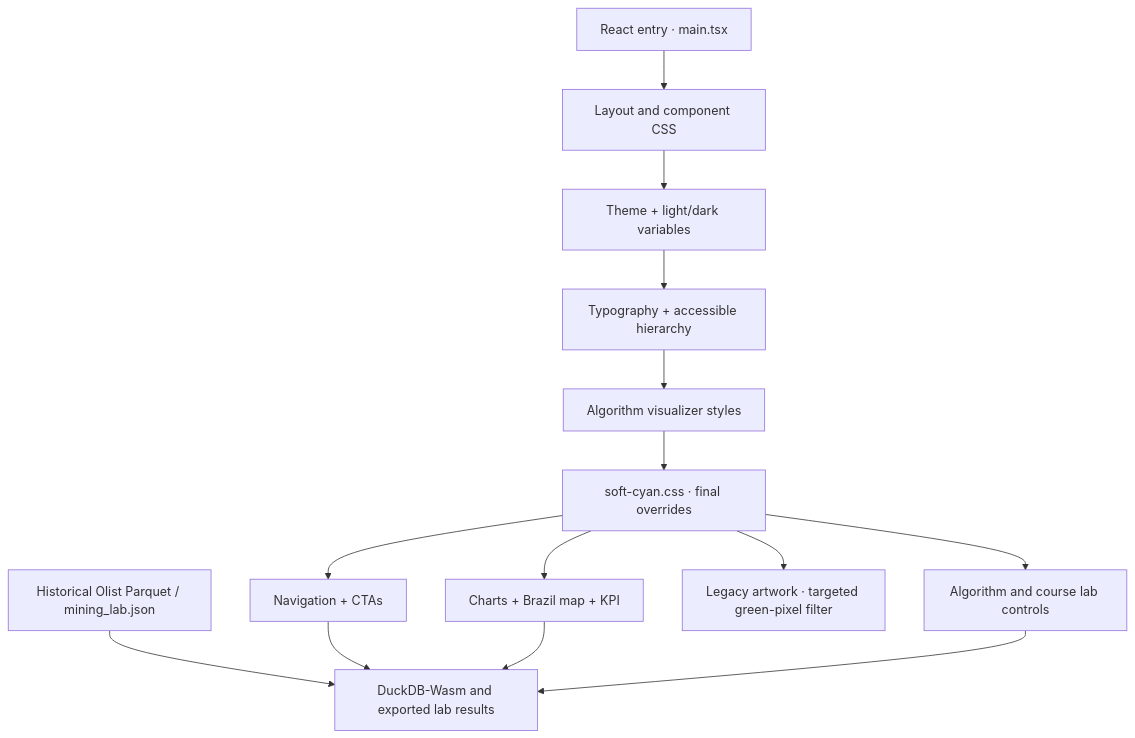
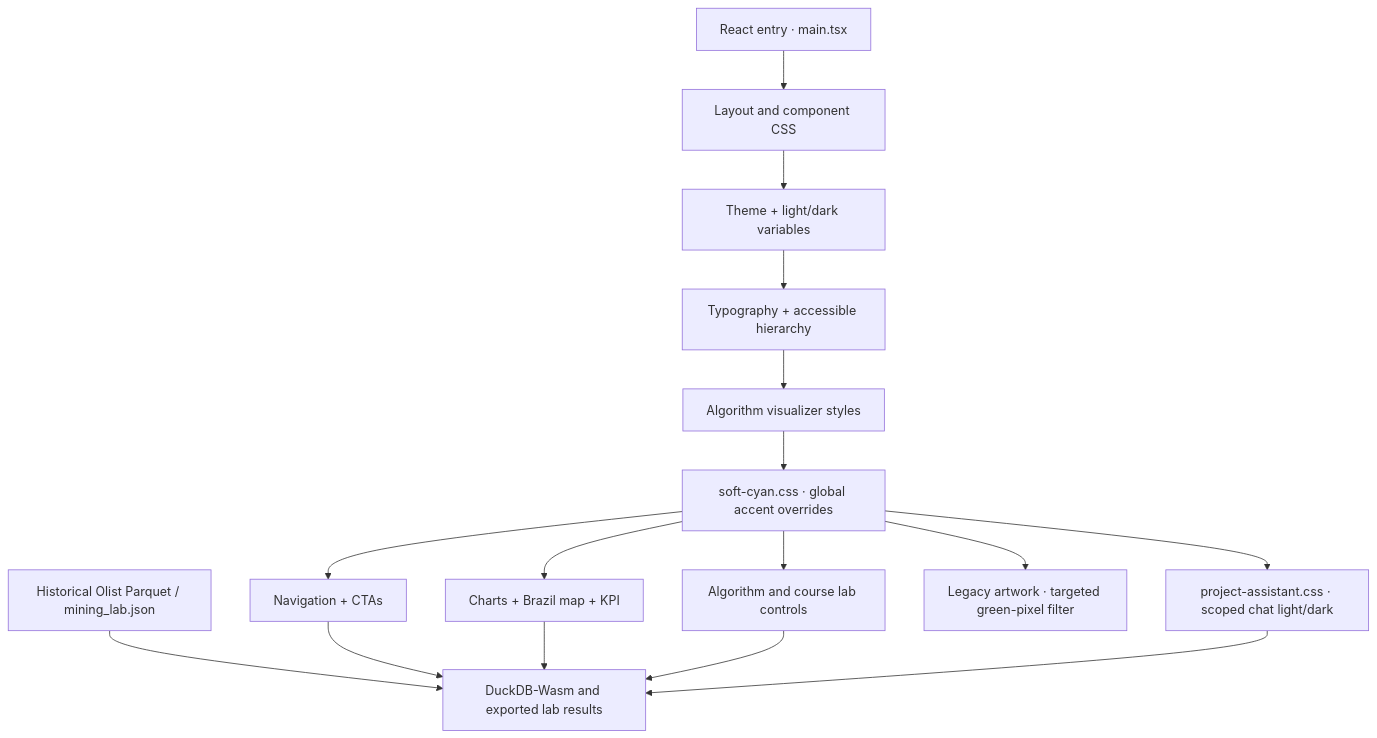
Before and after one commit to kasim672/PromisePulse: the diagram in docs/THEME_SYSTEM.md, drawn with Mermaid. The commit also changed other lines of this file, not shown here.

Commit message:
docs: describe chatbot contrast-safe light theme and actual CSS cascade

````diff
--- a/docs/THEME_SYSTEM.md
+++ b/docs/THEME_SYSTEM.md
@@ -48,16 +50,18 @@
 ```mermaid
 flowchart TD
     Root["React entry · main.tsx"] --> Base["Layout and component CSS"]
     Base --> Theme["Theme + light/dark variables"]
     Theme --> Editorial["Typography + accessible hierarchy"]
     Editorial --> Algorithm["Algorithm visualizer styles"]
-    Algorithm --> Cyan["soft-cyan.css · final overrides"]
+    Algorithm --> Cyan["soft-cyan.css · global accent overrides"]
+    Cyan --> Chat["project-assistant.css · scoped chat light/dark"]
     Cyan --> Nav["Navigation + CTAs"]
     Cyan --> Charts["Charts + Brazil map + KPI"]
     Cyan --> Labs["Algorithm and course lab controls"]
     Cyan --> Logo["Legacy artwork · targeted green-pixel filter"]
     Data["Historical Olist Parquet / mining_lab.json"] --> UI["DuckDB-Wasm and exported lab results"]
     Nav --> UI
     Charts --> UI
     Labs --> UI
+    Chat --> UI
 ```
````
